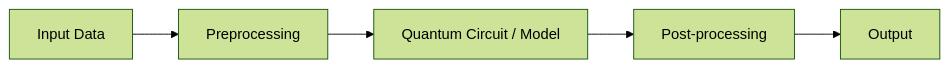
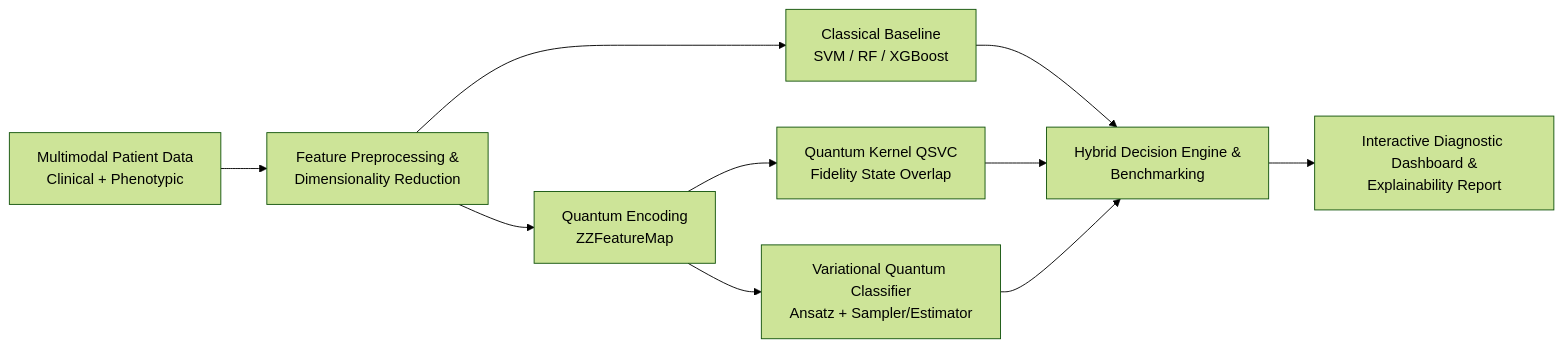
The second of 2 diagrams in README.md (mallikarjunr444-gif/vtu-hc-q-glitch), drawn with Mermaid (forest theme) before and after one commit. The commit also changed other lines of this file and 1 other file, not shown here.

````diff
--- a/README.md
+++ b/README.md
@@ -98,7 +161,12 @@
 ```mermaid
 flowchart LR
-    A[Input Data] --> B[Preprocessing]
-    B --> C[Quantum Circuit / Model]
-    C --> D[Post-processing]
-    D --> E[Output]
+    A[Multimodal Patient Data<br/>Clinical + Phenotypic] --> B[Feature Preprocessing &<br/>Dimensionality Reduction]
+    B --> C1[Classical Baseline<br/>SVM / RF / XGBoost]
+    B --> C2[Quantum Encoding<br/>ZZFeatureMap]
+    C2 --> D1[Quantum Kernel QSVC<br/>Fidelity State Overlap]
+    C2 --> D2[Variational Quantum Classifier<br/>Ansatz + Sampler/Estimator]
+    C1 --> E[Hybrid Decision Engine &<br/>Benchmarking]
+    D1 --> E
+    D2 --> E
+    E --> F[Interactive Diagnostic Dashboard &<br/>Explainability Report]
 ```
````
